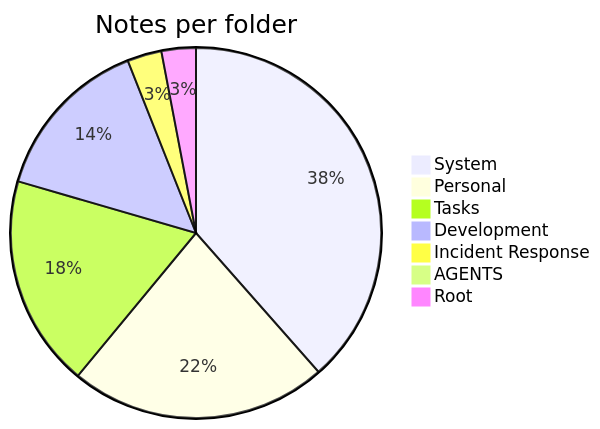
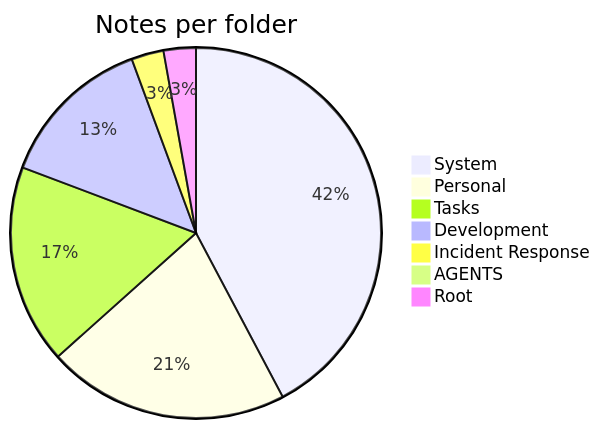
The eighth of 9 diagrams in Graphs/Vault-Overview.md (444Nazky/My-Vault), drawn with Mermaid before and after one commit. The commit also changed other lines of this file and 3 other files, not shown here.

````diff
--- a/Graphs/Vault-Overview.md
+++ b/Graphs/Vault-Overview.md
@@ -181,10 +183,10 @@
 ```mermaid
 pie title Notes per folder
- "System" : 77
+ "System" : 90
  "Personal" : 45
  "Tasks" : 37
  "Development" : 29
  "Incident Response" : 6
  "AGENTS" : 2
  "Root" : 6
 ```
````
